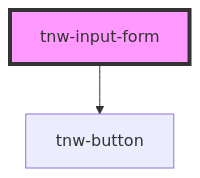
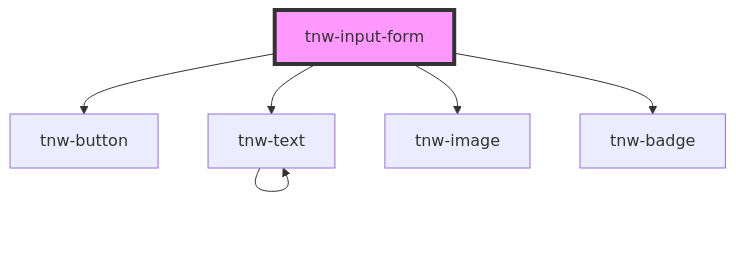
One commit to technway/technway-component-library changed the diagram in packages/stencil-library/src/components/tnw-input-form/readme.md. Above: the diagram before and after it, drawn with Mermaid. The commit also changed other lines of this file and 47 other files, not shown here.

````diff
--- a/packages/stencil-library/src/components/tnw-input-form/readme.md
+++ b/packages/stencil-library/src/components/tnw-input-form/readme.md
@@ -22,5 +25,9 @@
 ```mermaid
 graph TD;
   tnw-input-form --> tnw-button
+  tnw-input-form --> tnw-text
+  tnw-input-form --> tnw-image
+  tnw-input-form --> tnw-badge
+  tnw-text --> tnw-text
   style tnw-input-form fill:#f9f,stroke:#333,stroke-width:4px
 ```
````
